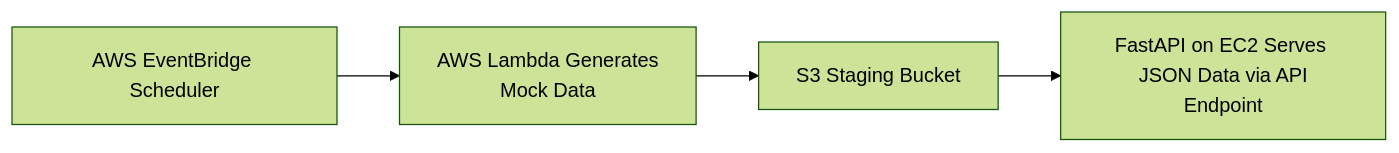
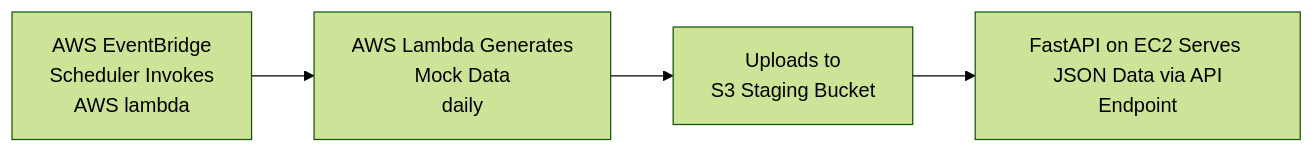
Before and after one commit to psgpyc/Data-Engineering-Pipeline-Restaurant-Reservation-Data-Management: the second of 3 diagrams in README.md, drawn with Mermaid (forest theme). The commit also changed other lines of this file, not shown here.

````diff
--- a/README.md
+++ b/README.md
@@ -70,7 +70,6 @@
 ```mermaid
 graph LR;
-    A[AWS EventBridge Scheduler] --> B[AWS Lambda Generates <br> Mock Data];
-    B --> C[S3 Staging Bucket];
+    A[AWS EventBridge <br>  Scheduler Invokes <br> AWS lambda] --> B[AWS Lambda Generates <br> Mock Data <br> daily];
+    B --> C[Uploads to <br> S3 Staging Bucket];
     C --> D[FastAPI on EC2 Serves <br> JSON Data via API Endpoint];
-
 ```
````
